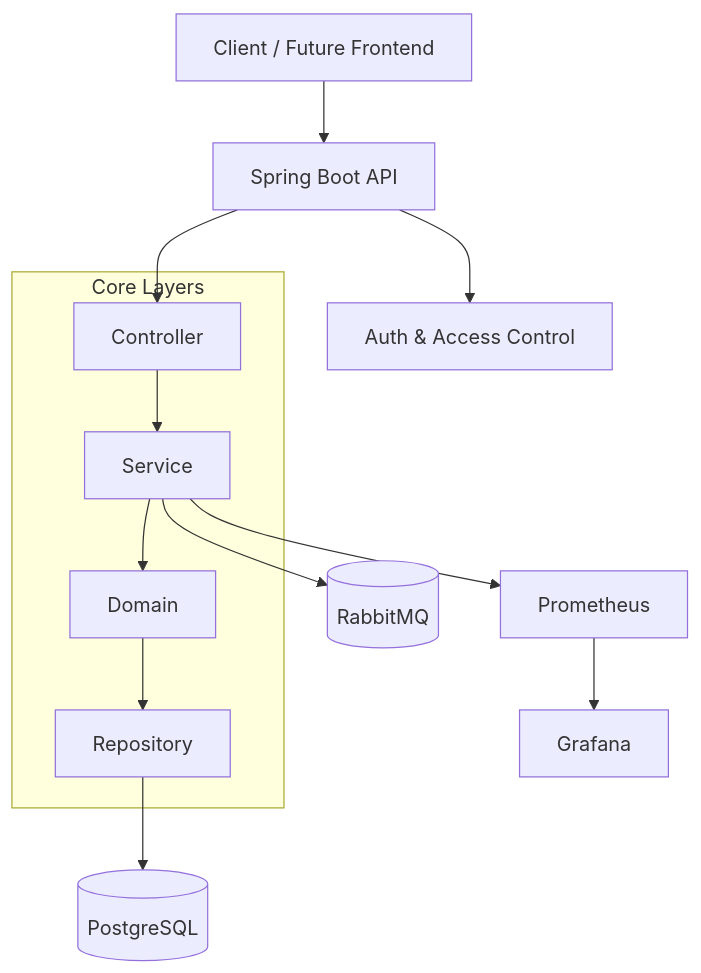
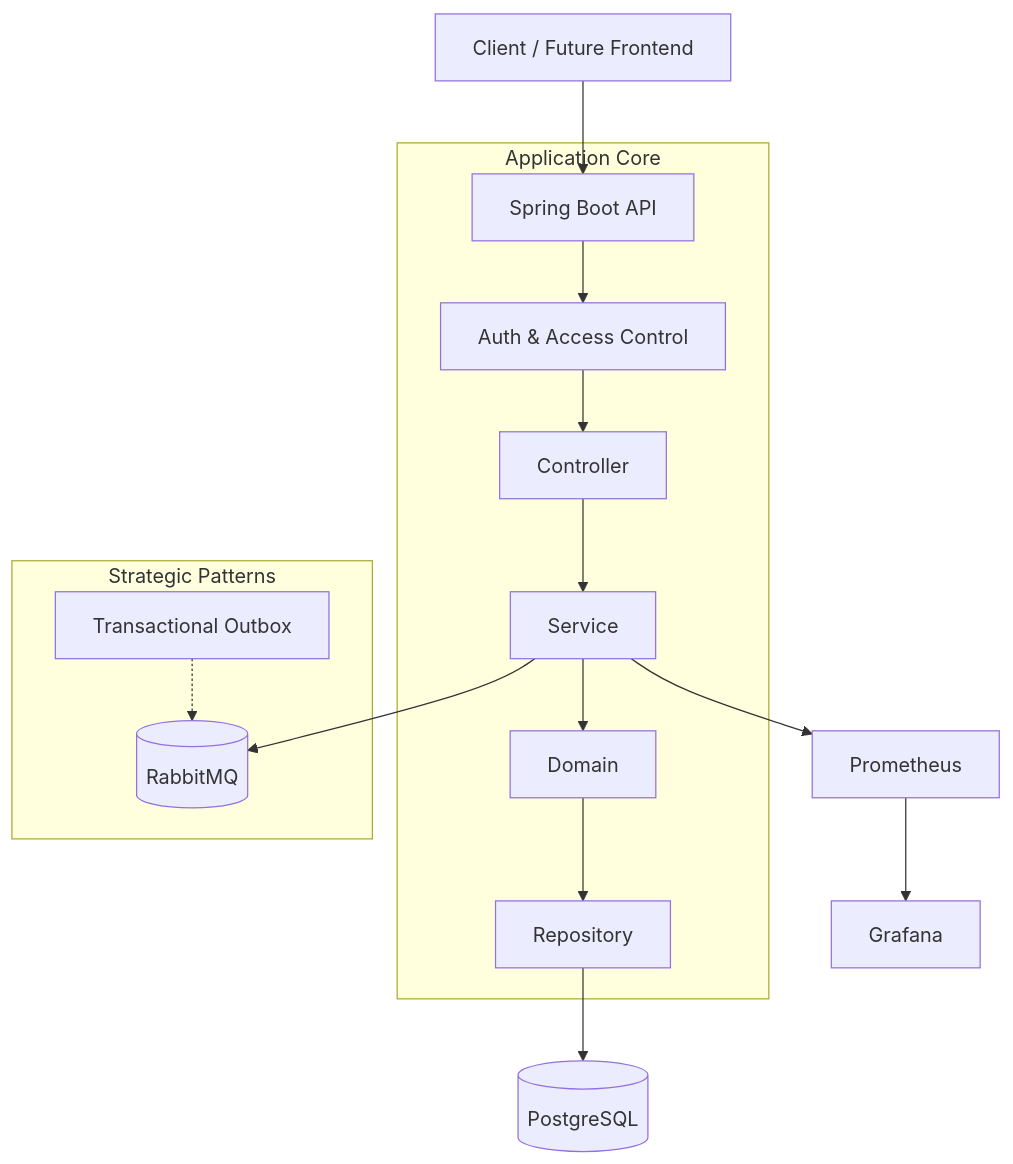
The diagram in README.md (kleberpoli/orkestra360-backend), drawn with Mermaid before and after one commit. The commit also changed other lines of this file, not shown here.

Commit message:
docs: refactor project overview and architectural documentation

````diff
--- a/README.md
+++ b/README.md
@@ -24,26 +19,22 @@
 ```mermaid
 graph TD
-
 Client[Client / Future Frontend] --> API[Spring Boot API]
 
-API --> Controller
-Controller --> Service
-Service --> Domain
-Domain --> Repository
+subgraph "Application Core"
+    API --> Security[Auth & Access Control]
+    Security --> Controller
+    Controller --> Service
+    Service --> Domain
+    Domain --> Repository
+end
 
 Repository --> DB[(PostgreSQL)]
-
 Service --> MQ[(RabbitMQ)]
 
 Service --> Metrics[Prometheus]
 Metrics --> Dashboard[Grafana]
 
-API --> Security[Auth & Access Control]
-
-subgraph Core Layers
-Controller
-Service
-Domain
-Repository
+subgraph "Strategic Patterns"
+    Outbox[Transactional Outbox] -.-> MQ
 end
 ```
````
